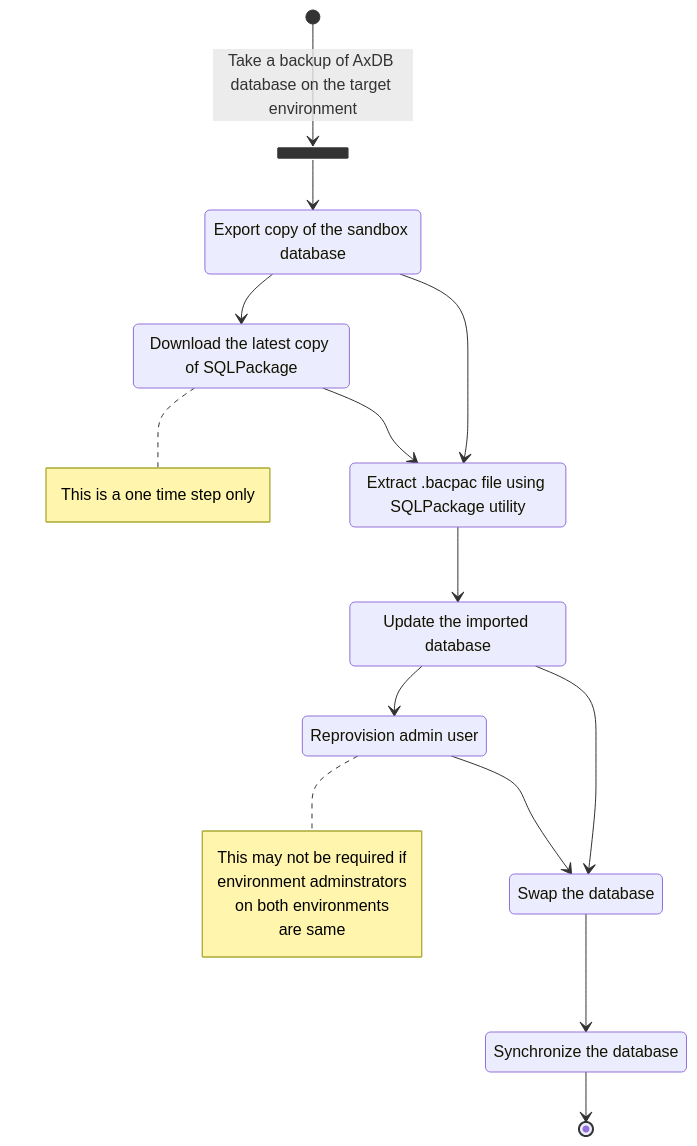
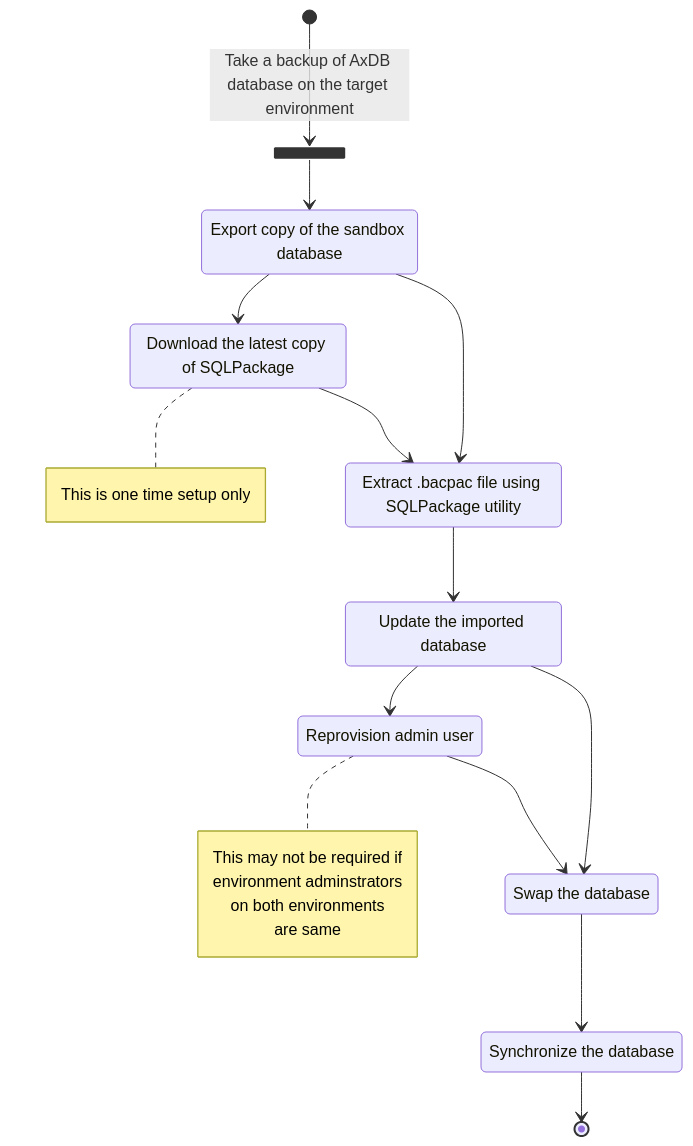
The diagram in Database movement/Tier 2 to Tier 1/README.md (shakirshabbir/D365FinOps), drawn with Mermaid before and after one commit. The commit also changed other lines of this file, not shown here.

````diff
--- a/Database movement/Tier 2 to Tier 1/README.md
+++ b/Database movement/Tier 2 to Tier 1/README.md
@@ -4,33 +4,33 @@
 ```mermaid
 stateDiagram-v2
   s1: Export copy of the sandbox database
   s2: Download the latest copy of SQLPackage
   s3: Extract .bacpac file using SQLPackage utility
   note right of s2
-    This is a one time step only
+    This is one time setup only
   end note
   %%c1: Prepare the imported database
   s4: Update the imported database
   s5: Reprovision admin user
   note right of s5
     This may not be required if 
      environment adminstrators 
        on both environments
             are same
   end note  
   s6: Swap the database
   s7: Synchronize the database
 
   state fork_state <<fork>>
     [*] --> fork_state : Take a backup of AxDB database on the target environment
     fork_state --> s1
     s1 --> s2
     s1 --> s3
     s2 --> s3
     s3 --> s4
     s4 --> s5
     s4 --> s6
     s5 --> s6
     s6 --> s7
     s7 --> [*]
 ```
````
